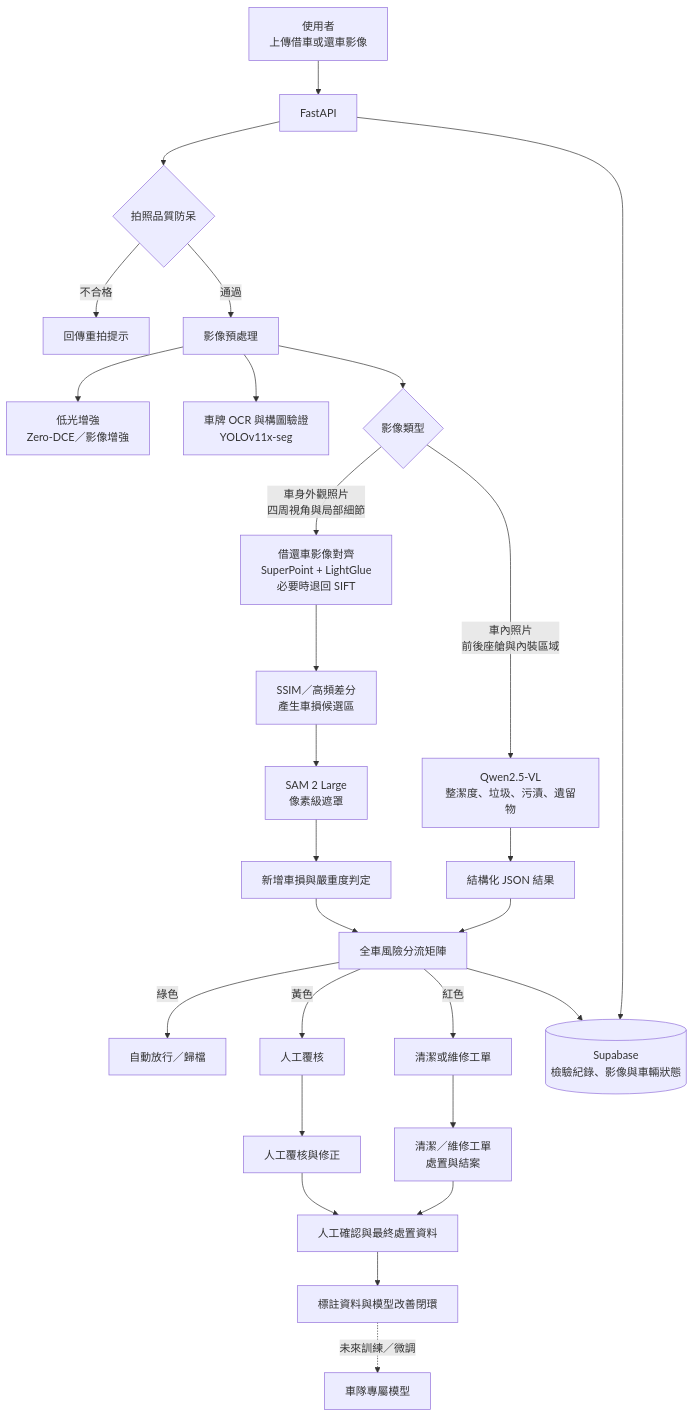
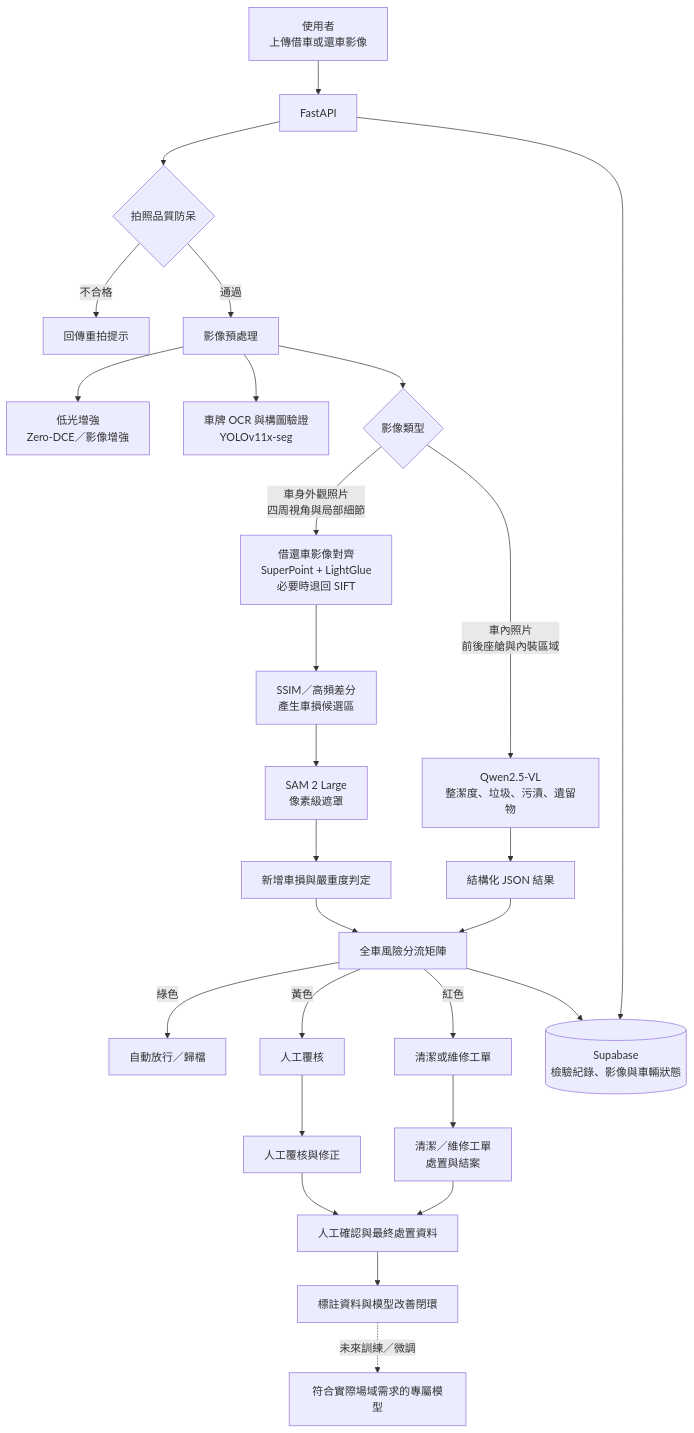
The diagram in README.md (happy123903/iGuard-Platform), drawn with Mermaid before and after one commit. The commit also changed other lines of this file, not shown here.

Commit message:
fix: 更新 README 描述

````diff
--- a/README.md
+++ b/README.md
@@ -90,35 +90,35 @@
 ```mermaid
 flowchart TD
     A[使用者<br/>上傳借車或還車影像] --> B[FastAPI]
 
     B --> C{拍照品質防呆}
     C -->|不合格| D[回傳重拍提示]
     C -->|通過| E[影像預處理]
 
     E --> E1[低光增強<br/>Zero-DCE／影像增強]
     E --> E2[車牌 OCR 與構圖驗證<br/>YOLOv11x-seg]
     E --> E3{影像類型}
 
     E3 -->|車身外觀照片<br/>四周視角與局部細節| F[借還車影像對齊<br/>SuperPoint + LightGlue<br/>必要時退回 SIFT]
     F --> G[SSIM／高頻差分<br/>產生車損候選區]
     G --> H[SAM 2 Large<br/>像素級遮罩]
     H --> I[新增車損與嚴重度判定]
 
     E3 -->|車內照片<br/>前後座艙與內裝區域| J[Qwen2.5-VL<br/>整潔度、垃圾、污漬、遺留物]
     J --> K[結構化 JSON 結果]
 
     I --> L[全車風險分流矩陣]
     K --> L
     L -->|綠色| M[自動放行／歸檔]
     L -->|黃色| N[人工覆核]
     L -->|紅色| O[清潔或維修工單]
 
     B --> P[(Supabase<br/>檢驗紀錄、影像與車輛狀態)]
     L --> P
     N --> Q[人工覆核與修正]
     O --> R[清潔／維修工單<br/>處置與結案]
     Q --> U[人工確認與最終處置資料]
     R --> U
     U --> S[標註資料與模型改善閉環]
-    S -.未來訓練／微調.-> T[車隊專屬模型]
+    S -.未來訓練／微調.-> T[符合實際場域需求的專屬模型]
 ```
````
